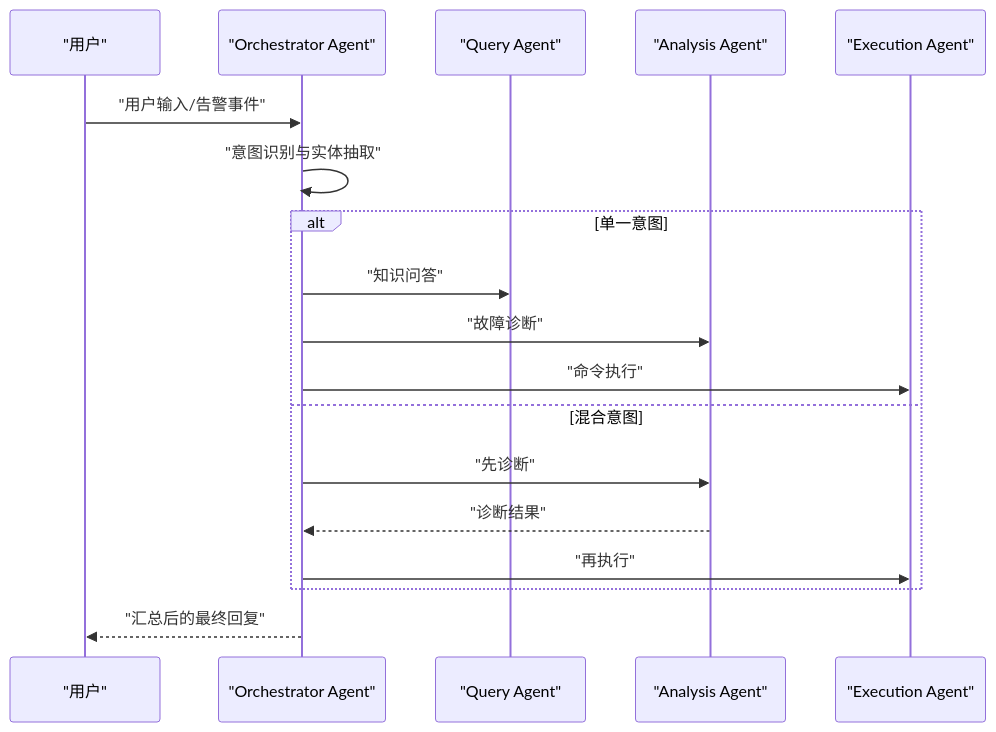
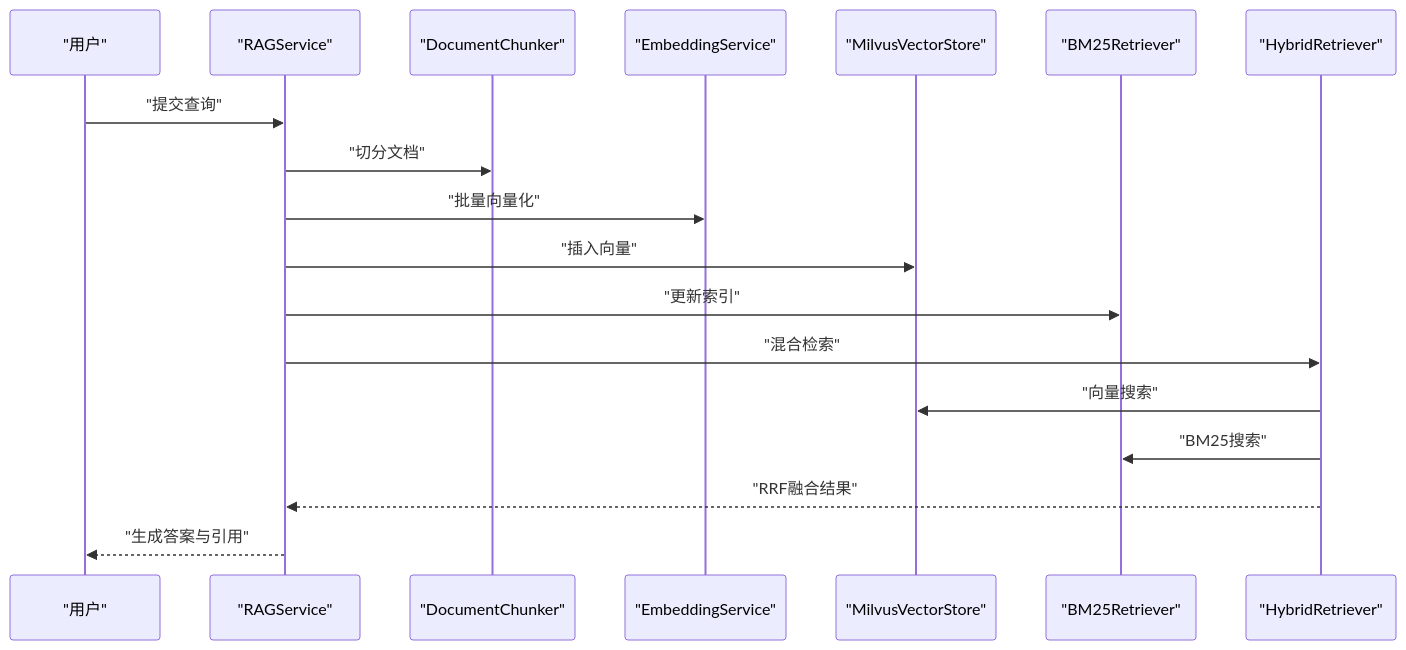
One commit to lyyzzz6/AIops changed the fourth of 7 diagrams in .qoder/repowiki/zh/content/系统架构设计/系统架构设计.md. Above: the diagram before and after it, drawn with Mermaid. The commit also changed other lines of this file and 371 other files, not shown here.

````diff
--- a/.qoder/repowiki/zh/content/系统架构设计/系统架构设计.md
+++ b/.qoder/repowiki/zh/content/系统架构设计/系统架构设计.md
@@ -135,20 +173,20 @@
 ```mermaid
 sequenceDiagram
 participant U as "用户"
-participant OA as "Orchestrator Agent"
-participant QA as "Query Agent"
-participant AA as "Analysis Agent"
-participant EA as "Execution Agent"
-U->>OA : "用户输入/告警事件"
-OA->>OA : "意图识别与实体抽取"
-alt 单一意图
-OA->>QA : "知识问答"
-OA->>AA : "故障诊断"
-OA->>EA : "命令执行"
-else 混合意图
-OA->>AA : "先诊断"
-AA-->>OA : "诊断结果"
-OA->>EA : "再执行"
-end
-OA-->>U : "汇总后的最终回复"
+participant RS as "RAGService"
+participant VC as "DocumentChunker"
+participant ES as "EmbeddingService"
+participant MV as "MilvusVectorStore"
+participant BM as "BM25Retriever"
+participant HR as "HybridRetriever"
+U->>RS : "提交查询"
+RS->>VC : "切分文档"
+RS->>ES : "批量向量化"
+RS->>MV : "插入向量"
+RS->>BM : "更新索引"
+RS->>HR : "混合检索"
+HR->>MV : "向量搜索"
+HR->>BM : "BM25搜索"
+HR-->>RS : "RRF融合结果"
+RS-->>U : "生成答案与引用"
 ```
````
